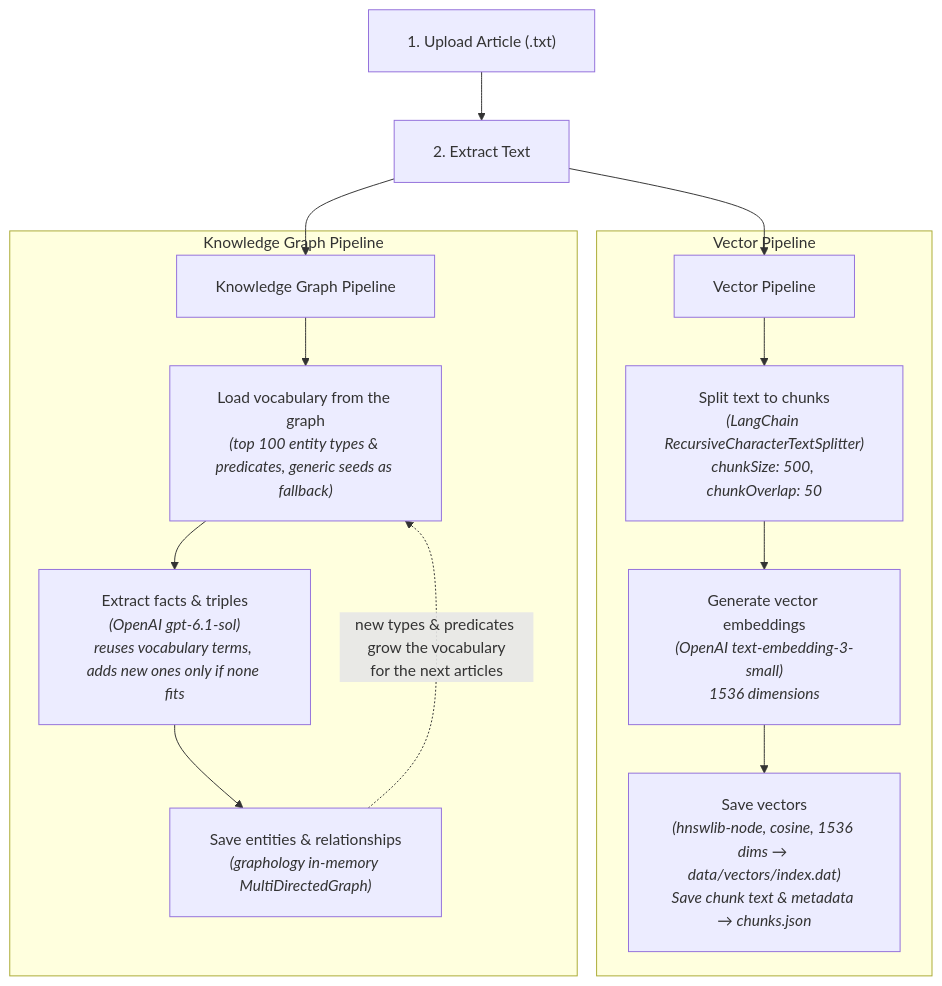
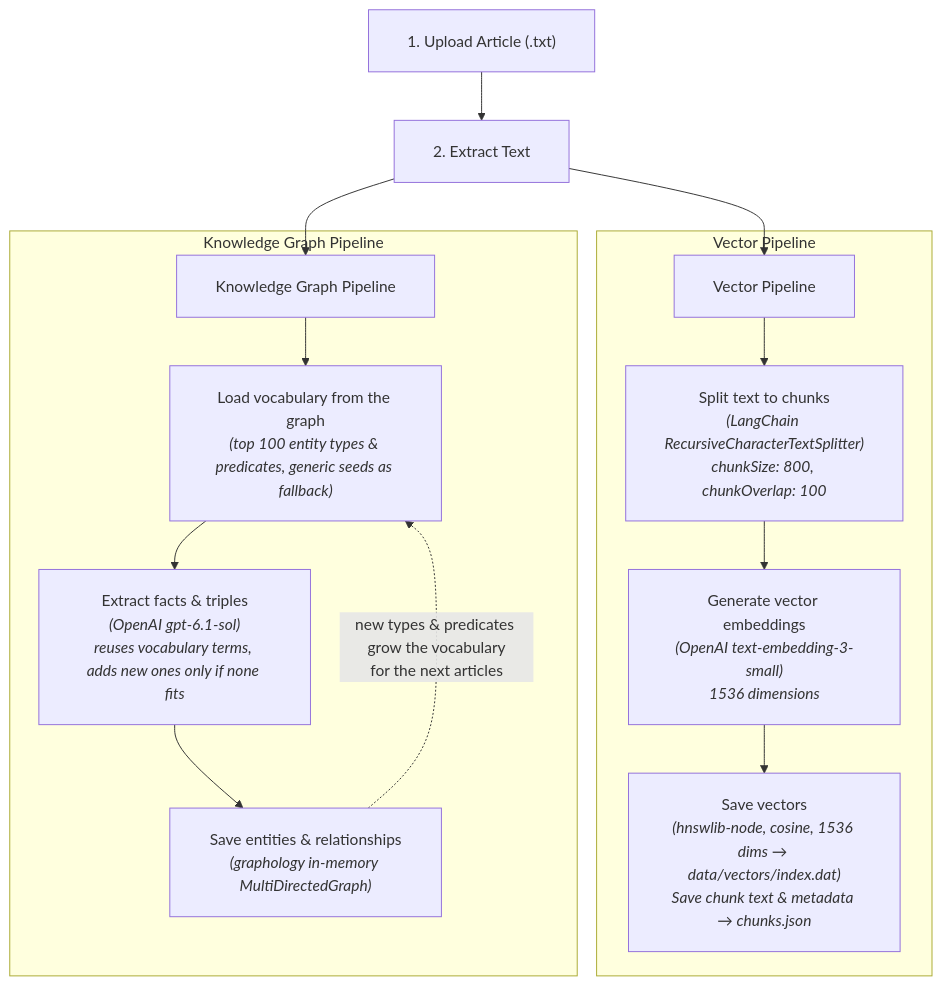
The first of 2 diagrams in README.md (NickRumenov1/next-insights-rag), drawn with Mermaid before and after one commit. The commit also changed 6 other files, not shown here.

````diff
--- a/README.md
+++ b/README.md
@@ -46,21 +46,21 @@
 ```mermaid
 %%{init: {"themeVariables": {"fontSize": "16"}, "flowchart": {"padding": 20, "nodeSpacing": 40, "rankSpacing": 50}}}%%
 flowchart TD
     Upload["1. Upload Article (.txt)"] --> Extract["2. Extract Text"]
     
     Extract --> VectorPipeline["Vector Pipeline"]
     Extract --> GraphPipeline["Knowledge Graph Pipeline"]
 
     subgraph Vector Pipeline
-        VectorPipeline --> Split["Split text to chunks<br/><i>(LangChain RecursiveCharacterTextSplitter)</i><br/><i>chunkSize: 500, chunkOverlap: 50</i>"]
+        VectorPipeline --> Split["Split text to chunks<br/><i>(LangChain RecursiveCharacterTextSplitter)</i><br/><i>chunkSize: 800, chunkOverlap: 100</i>"]
         Split --> Embed["Generate vector embeddings<br/><i>(OpenAI text-embedding-3-small)</i><br/><i>1536 dimensions</i>"]
         Embed --> SaveVector["Save vectors<br/><i>(hnswlib-node, cosine, 1536 dims → data/vectors/index.dat)</i><br/><i>Save chunk text & metadata → chunks.json</i>"]
     end
 
     subgraph Knowledge Graph Pipeline
         GraphPipeline --> Vocab["Load vocabulary from the graph<br/><i>(top 100 entity types & predicates, generic seeds as fallback)</i>"]
         Vocab --> Facts["Extract facts & triples<br/><i>(OpenAI gpt-6.1-sol)</i><br/><i>reuses vocabulary terms, adds new ones only if none fits</i>"]
         Facts --> SaveGraph["Save entities & relationships<br/><i>(graphology in-memory MultiDirectedGraph)</i>"]
         SaveGraph -. "new types & predicates grow the vocabulary<br/>for the next articles" .-> Vocab
     end
 ```
````
